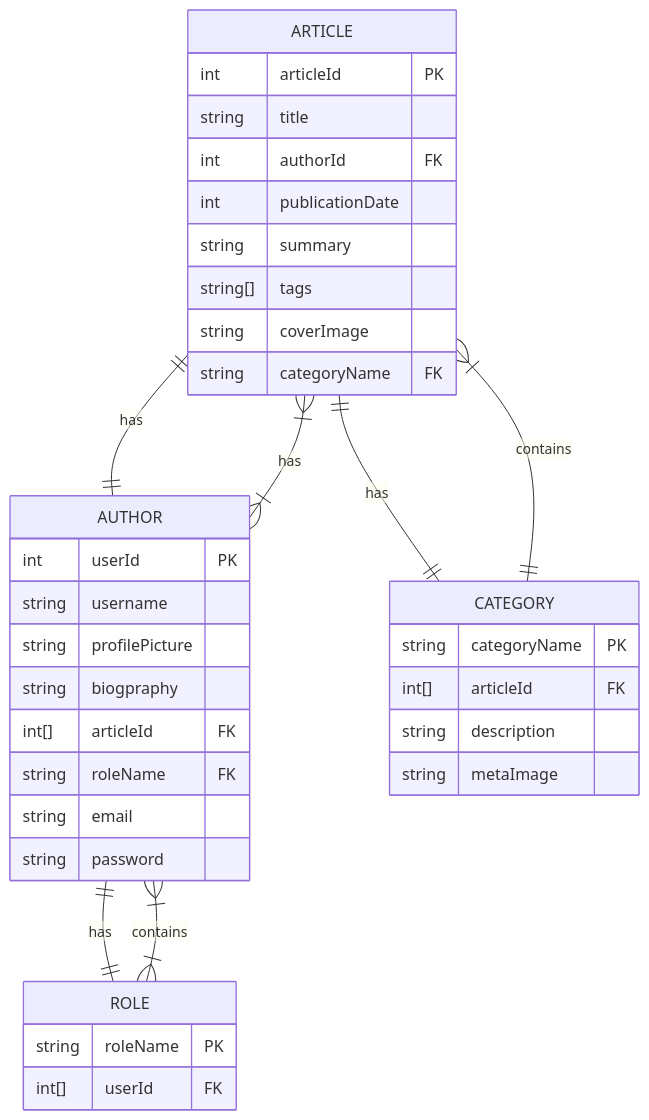
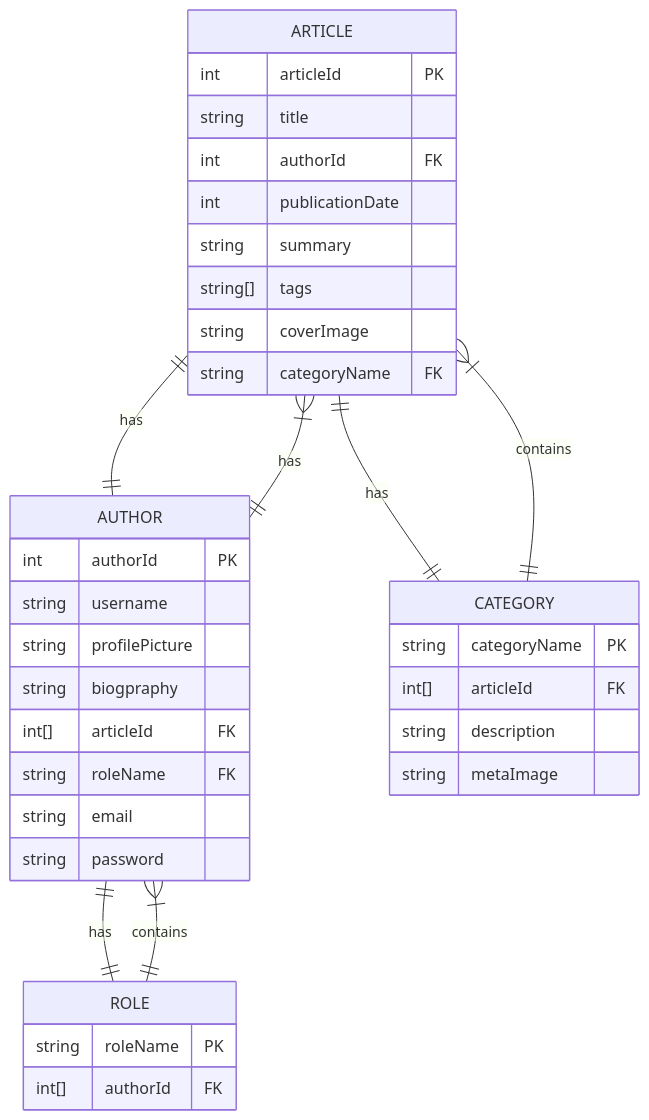
One commit to Weburz/burzpage changed the diagram in README.md. Above: the diagram before and after it, drawn with Mermaid.

Commit message:
chore: fix some inconsistencies with the ERD

`````diff
--- a/README.md
+++ b/README.md
@@ -30,42 +30,42 @@
 ```mermaid
 erDiagram
     ARTICLE {
         int articleId PK
         string title
         int authorId FK
         int publicationDate
         string summary
         string[] tags
         string coverImage
         string categoryName FK
     }
     AUTHOR {
-        int userId PK
+        int authorId PK
         string username
         string profilePicture
         string biogpraphy
         int[] articleId FK
         string roleName FK
         string email
         string password
     }
     CATEGORY {
         string categoryName PK
         int[] articleId FK
         string description
         string metaImage
     }
     ROLE {
         string roleName PK
-        int[] userId FK
+        int[] authorId FK
     }
 
     ARTICLE ||--|| CATEGORY : has
     CATEGORY ||--|{ ARTICLE : contains
 
     ARTICLE ||--|| AUTHOR : has
-    AUTHOR }|--|{ ARTICLE : has
+    AUTHOR ||--|{ ARTICLE : has
 
     AUTHOR ||--|| ROLE : has
-    ROLE }|--|{ AUTHOR : contains
+    ROLE ||--|{ AUTHOR : contains
 ````
`````
